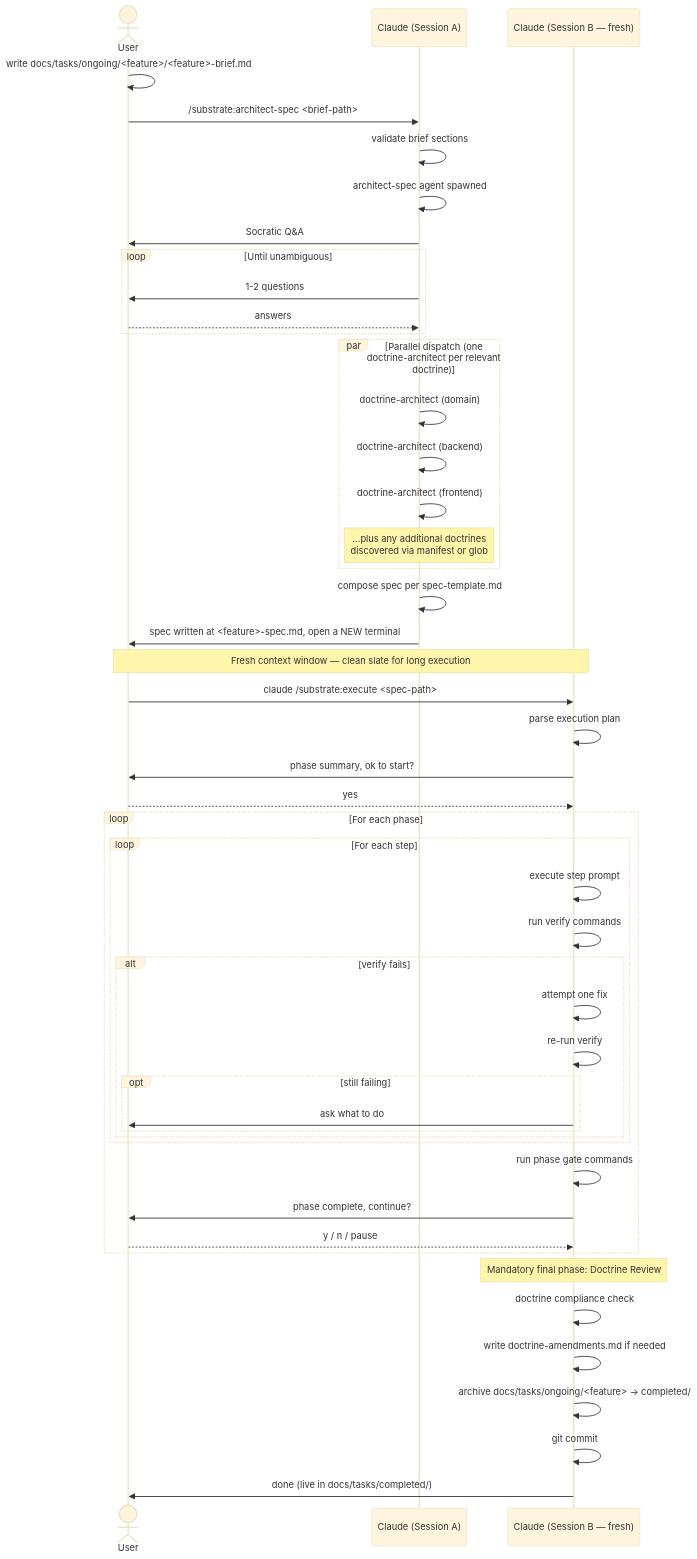
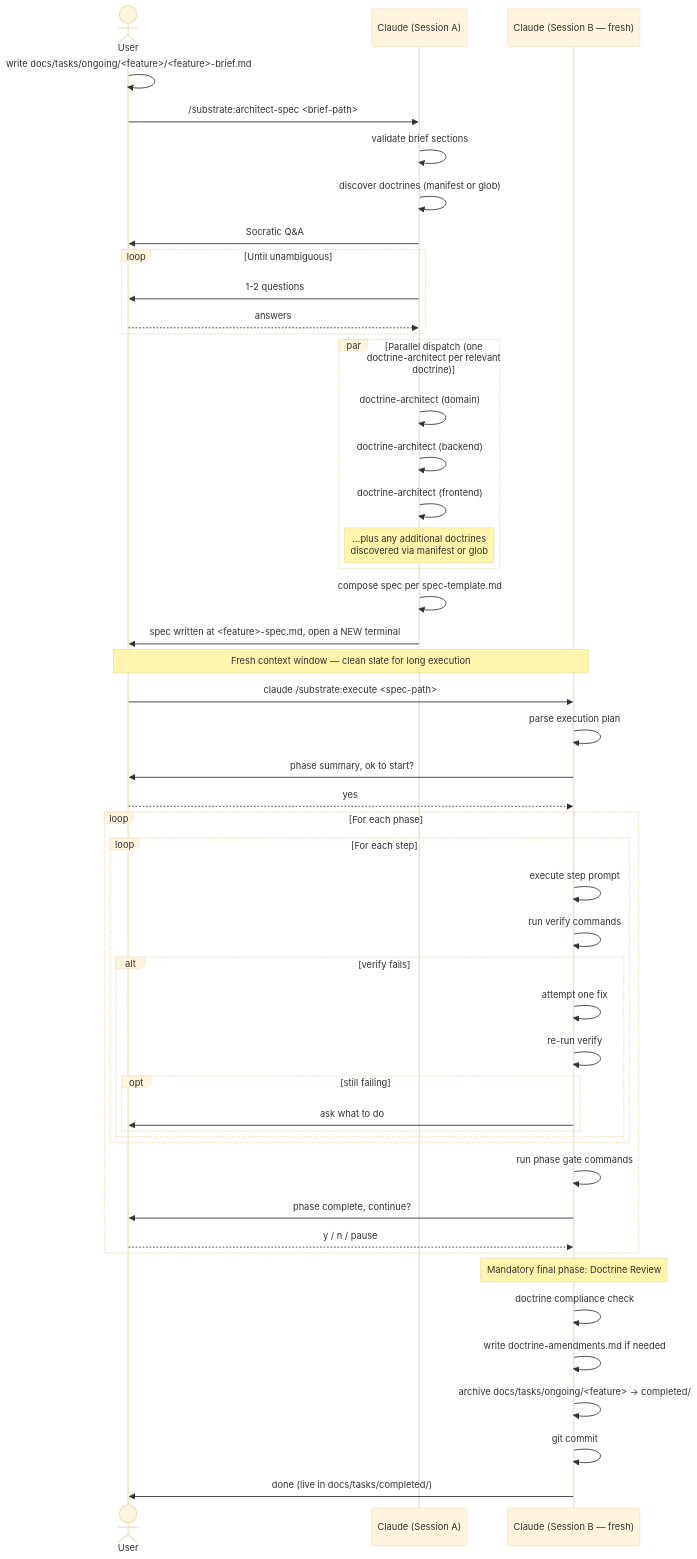
Before and after one commit to metalogica/substrate: the fourth of 4 diagrams in assets/sequence-diagram.md, drawn with Mermaid (base theme). The commit also changed other lines of this file and 6 other files, not shown here.

First line of the commit message:
fix(architect-spec): inline orchestration at skill level to satisfy harness depth-cap

````diff
--- a/assets/sequence-diagram.md
+++ b/assets/sequence-diagram.md
@@ -160,60 +160,60 @@
 ```mermaid
 sequenceDiagram
     actor User
     participant SessionA as Claude (Session A)
     participant SessionB as Claude (Session B — fresh)
 
     User->>User: write docs/tasks/ongoing/<feature>/<feature>-brief.md
 
     User->>SessionA: /substrate:architect-spec <brief-path>
     SessionA->>SessionA: validate brief sections
-    SessionA->>SessionA: architect-spec agent spawned
+    SessionA->>SessionA: discover doctrines (manifest or glob)
     SessionA->>User: Socratic Q&A
 
     loop Until unambiguous
         SessionA->>User: 1-2 questions
         User-->>SessionA: answers
     end
 
     par Parallel dispatch (one doctrine-architect per relevant doctrine)
         SessionA->>SessionA: doctrine-architect (domain)
         SessionA->>SessionA: doctrine-architect (backend)
         SessionA->>SessionA: doctrine-architect (frontend)
         Note over SessionA: ...plus any additional doctrines<br/>discovered via manifest or glob
     end
 
     SessionA->>SessionA: compose spec per spec-template.md
     SessionA->>User: spec written at <feature>-spec.md, open a NEW terminal
 
     Note over User,SessionB: Fresh context window — clean slate for long execution
 
     User->>SessionB: claude /substrate:execute <spec-path>
     SessionB->>SessionB: parse execution plan
     SessionB->>User: phase summary, ok to start?
     User-->>SessionB: yes
 
     loop For each phase
         loop For each step
             SessionB->>SessionB: execute step prompt
             SessionB->>SessionB: run verify commands
             alt verify fails
                 SessionB->>SessionB: attempt one fix
                 SessionB->>SessionB: re-run verify
                 opt still failing
                     SessionB->>User: ask what to do
                 end
             end
         end
         SessionB->>SessionB: run phase gate commands
         SessionB->>User: phase complete, continue?
         User-->>SessionB: y / n / pause
     end
 
     Note over SessionB: Mandatory final phase: Doctrine Review
 
     SessionB->>SessionB: doctrine compliance check
     SessionB->>SessionB: write doctrine-amendments.md if needed
     SessionB->>SessionB: archive docs/tasks/ongoing/<feature> → completed/
     SessionB->>SessionB: git commit
     SessionB->>User: done (live in docs/tasks/completed/)
 ```
````
